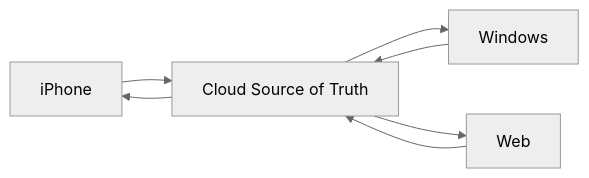
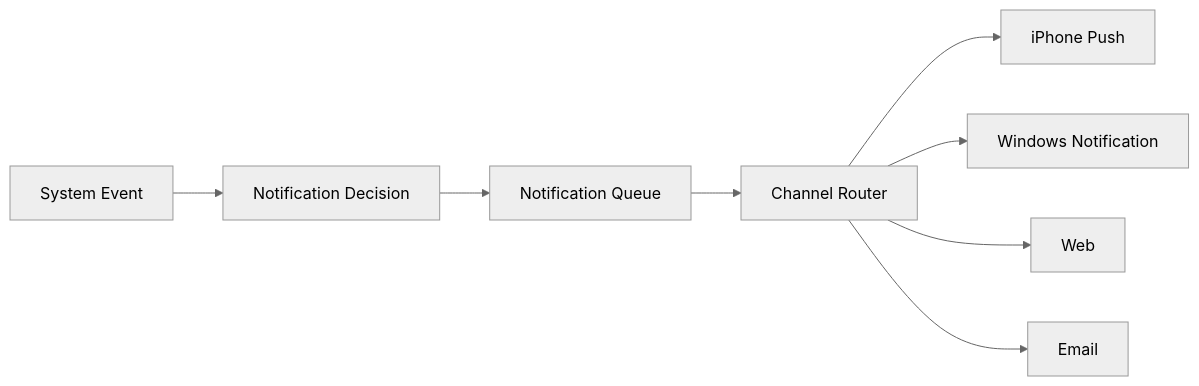
Before and after one commit to Alexsilvin/personal-productivity-system: the eighth of 19 diagrams in docs/roadmap.md, drawn with Mermaid (neutral theme). The commit also changed other lines of this file and 1 other file, not shown here.

````diff
--- a/docs/roadmap.md
+++ b/docs/roadmap.md
@@ -858,15 +784,16 @@
-```mermaid id="rx1b5n"
+```mermaid
 flowchart LR
+    E["System Event"]
+    D["Notification Decision"]
+    Q["Notification Queue"]
+    R["Channel Router"]
 
-    IPHONE["iPhone"]
-    WINDOWS["Windows"]
-    WEB["Web"]
+    E --> D
+    D --> Q
+    Q --> R
 
-    IPHONE --> CLOUD["Cloud Source of Truth"]
-    WINDOWS --> CLOUD
-    WEB --> CLOUD
-
-    CLOUD --> IPHONE
-    CLOUD --> WINDOWS
-    CLOUD --> WEB
+    R --> I["iPhone Push"]
+    R --> W["Windows Notification"]
+    R --> B["Web"]
+    R --> M["Email"]
 ```
````
